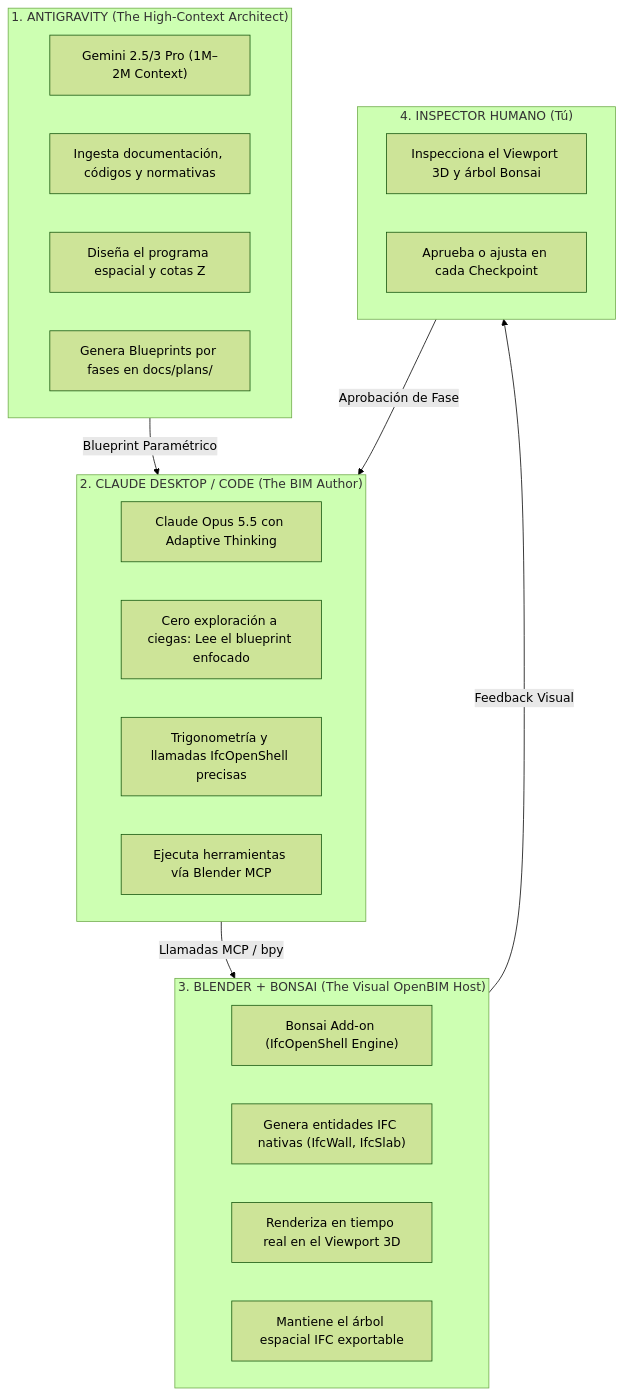
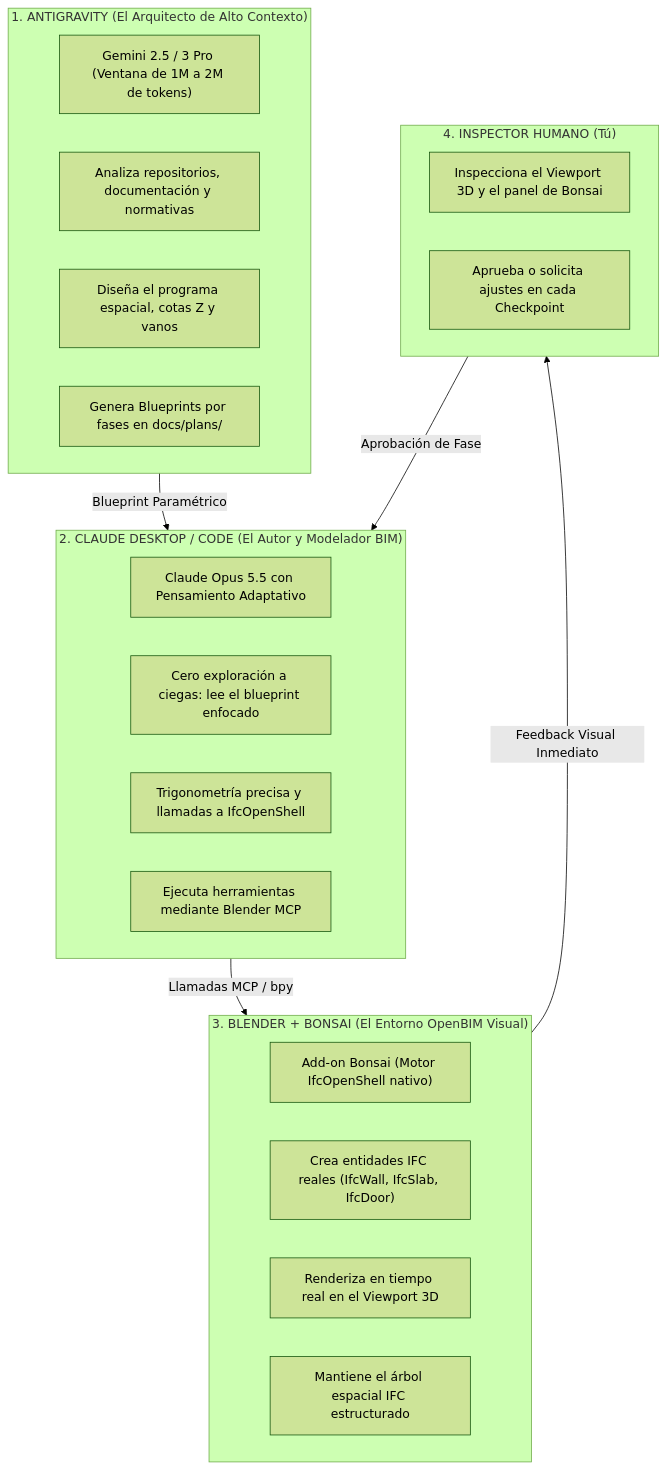
One commit to zebas-hidalgo/antigravity-claude-bridge changed the first of 4 diagrams in README.md. Above: the diagram before and after it, drawn with Mermaid (forest theme). The commit also changed other lines of this file, not shown here.

Commit message:
docs: traducir README completamente al español con diagramas y esquemas OpenBIM

````diff
--- a/README.md
+++ b/README.md
@@ -21,33 +21,33 @@
 ```mermaid
 flowchart TD
-    subgraph Antigravity ["1. ANTIGRAVITY (The High-Context Architect)"]
-        A1["Gemini 2.5/3 Pro (1M–2M Context)"]
-        A2["Ingesta documentación, códigos y normativas"]
-        A3["Diseña el programa espacial y cotas Z"]
+    subgraph Antigravity ["1. ANTIGRAVITY (El Arquitecto de Alto Contexto)"]
+        A1["Gemini 2.5 / 3 Pro (Ventana de 1M a 2M de tokens)"]
+        A2["Analiza repositorios, documentación y normativas"]
+        A3["Diseña el programa espacial, cotas Z y vanos"]
         A4["Genera Blueprints por fases en docs/plans/"]
     end
 
-    subgraph Claude ["2. CLAUDE DESKTOP / CODE (The BIM Author)"]
-        B1["Claude Opus 5.5 con Adaptive Thinking"]
-        B2["Cero exploración a ciegas: Lee el blueprint enfocado"]
-        B3["Trigonometría y llamadas IfcOpenShell precisas"]
-        B4["Ejecuta herramientas vía Blender MCP"]
+    subgraph Claude ["2. CLAUDE DESKTOP / CODE (El Autor y Modelador BIM)"]
+        B1["Claude Opus 5.5 con Pensamiento Adaptativo"]
+        B2["Cero exploración a ciegas: lee el blueprint enfocado"]
+        B3["Trigonometría precisa y llamadas a IfcOpenShell"]
+        B4["Ejecuta herramientas mediante Blender MCP"]
     end
 
-    subgraph Blender ["3. BLENDER + BONSAI (The Visual OpenBIM Host)"]
-        C1["Bonsai Add-on (IfcOpenShell Engine)"]
-        C2["Genera entidades IFC nativas (IfcWall, IfcSlab)"]
+    subgraph Blender ["3. BLENDER + BONSAI (El Entorno OpenBIM Visual)"]
+        C1["Add-on Bonsai (Motor IfcOpenShell nativo)"]
+        C2["Crea entidades IFC reales (IfcWall, IfcSlab, IfcDoor)"]
         C3["Renderiza en tiempo real en el Viewport 3D"]
-        C4["Mantiene el árbol espacial IFC exportable"]
+        C4["Mantiene el árbol espacial IFC estructurado"]
     end
 
     subgraph Reviewer ["4. INSPECTOR HUMANO (Tú)"]
-        D1["Inspecciona el Viewport 3D y árbol Bonsai"]
-        D2["Aprueba o ajusta en cada Checkpoint"]
+        D1["Inspecciona el Viewport 3D y el panel de Bonsai"]
+        D2["Aprueba o solicita ajustes en cada Checkpoint"]
     end
 
     Antigravity -->|Blueprint Paramétrico| Claude
     Claude -->|Llamadas MCP / bpy| Blender
-    Blender -->|Feedback Visual| Reviewer
+    Blender -->|Feedback Visual Inmediato| Reviewer
     Reviewer -->|Aprobación de Fase| Claude
 ```
````
